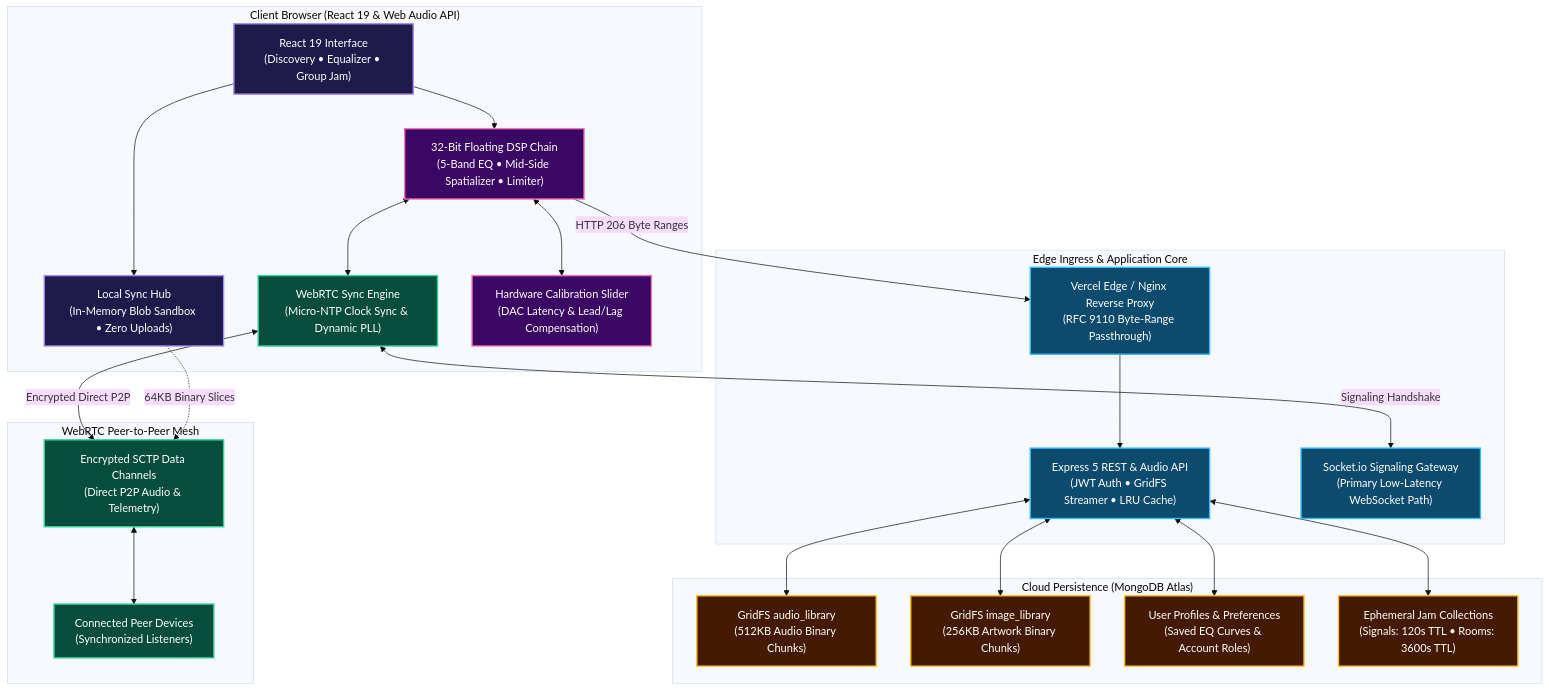
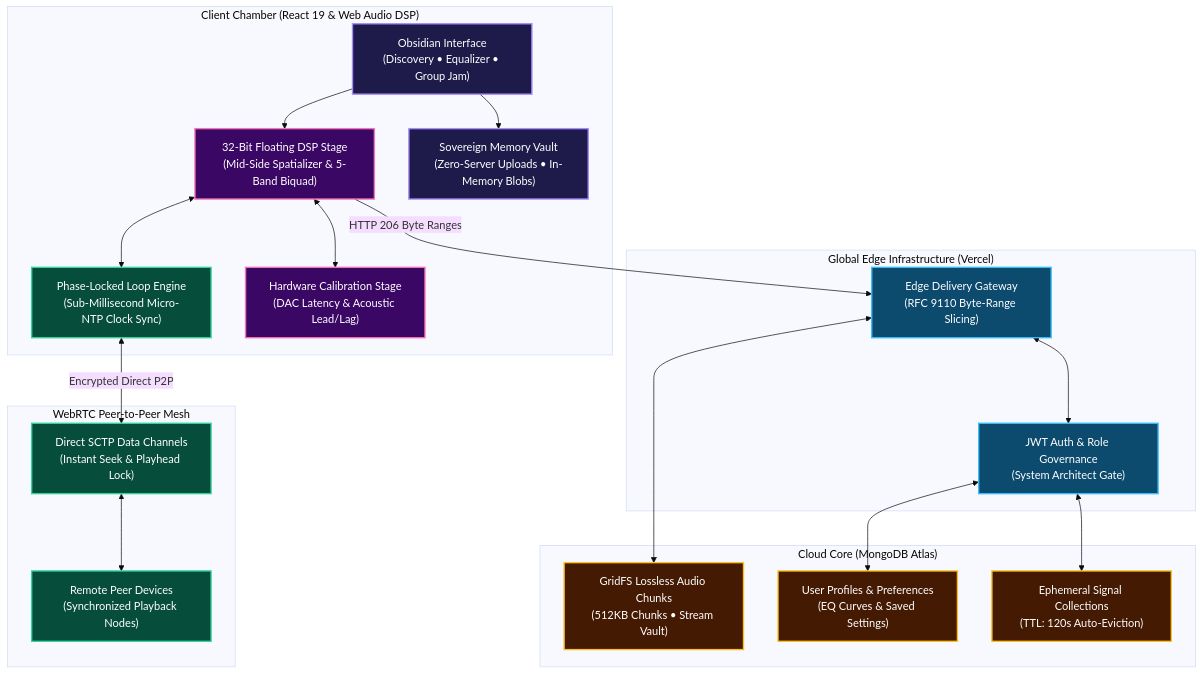
Before and after one commit to Parth-Chavan-15/Riveria: the diagram in README.md, drawn with Mermaid (base theme). The commit also changed other lines of this file, not shown here.

Commit message:
docs(readme): restore storytelling flow and styling, refine architecture and experiences, remove API table

````diff
--- a/README.md
+++ b/README.md
@@ -105,49 +69,44 @@
 ```mermaid
 flowchart TD
     classDef client fill:#1e1b4b,stroke:#a78bfa,stroke-width:2px,color:#ffffff
     classDef dsp fill:#3b0764,stroke:#f472b6,stroke-width:2px,color:#ffffff
     classDef p2p fill:#064e3b,stroke:#34d399,stroke-width:2px,color:#ffffff
     classDef edge fill:#0c4a6e,stroke:#38bdf8,stroke-width:2px,color:#ffffff
     classDef storage fill:#451a03,stroke:#fbbf24,stroke-width:2px,color:#ffffff
 
-    subgraph ClientChamber ["Client Browser (React 19 & Web Audio API)"]
-        UI["React 19 Interface<br/>(Discovery • Equalizer • Group Jam)"]:::client
-        DSPStage["32-Bit Floating DSP Chain<br/>(5-Band EQ • Mid-Side Spatializer • Limiter)"]:::dsp
-        LocalVault["Local Sync Hub<br/>(In-Memory Blob Sandbox • Zero Uploads)"]:::client
-        PLLSync["WebRTC Sync Engine<br/>(Micro-NTP Clock Sync & Dynamic PLL)"]:::p2p
-        HardwareCal["Hardware Calibration Slider<br/>(DAC Latency & Lead/Lag Compensation)"]:::dsp
+    subgraph ClientChamber ["Client Chamber (React 19 & Web Audio DSP)"]
+        UI["Obsidian Interface<br/>(Discovery • Equalizer • Group Jam)"]:::client
+        DSPStage["32-Bit Floating DSP Stage<br/>(Mid-Side Spatializer & 5-Band Biquad)"]:::dsp
+        LocalVault["Sovereign Memory Vault<br/>(Zero-Server Uploads • In-Memory Blobs)"]:::client
+        PLLSync["Phase-Locked Loop Engine<br/>(Sub-Millisecond Micro-NTP Clock Sync)"]:::p2p
+        HardwareCal["Hardware Calibration Stage<br/>(DAC Latency & Acoustic Lead/Lag)"]:::dsp
     end
 
     subgraph MeshNetwork ["WebRTC Peer-to-Peer Mesh"]
-        SCTP["Encrypted SCTP Data Channels<br/>(Direct P2P Audio & Telemetry)"]:::p2p
-        RemotePeer["Connected Peer Devices<br/>(Synchronized Listeners)"]:::p2p
+        SCTP["Direct SCTP Data Channels<br/>(Instant Seek & Playhead Lock)"]:::p2p
+        RemotePeer["Remote Peer Devices<br/>(Synchronized Playback Nodes)"]:::p2p
     end
 
-    subgraph EdgeLayer ["Edge Ingress & Application Core"]
-        VercelCDN["Vercel Edge / Nginx Reverse Proxy<br/>(RFC 9110 Byte-Range Passthrough)"]:::edge
-        ExpressAPI["Express 5 REST & Audio API<br/>(JWT Auth • GridFS Streamer • LRU Cache)"]:::edge
-        SocketGateway["Socket.io Signaling Gateway<br/>(Primary Low-Latency WebSocket Path)"]:::edge
+    subgraph EdgeLayer ["Global Edge Infrastructure (Vercel)"]
+        VercelCDN["Edge Delivery Gateway<br/>(RFC 9110 Byte-Range Slicing)"]:::edge
+        SecurityGate["JWT Auth & Role Governance<br/>(System Architect Gate)"]:::edge
     end
 
-    subgraph CloudVault ["Cloud Persistence (MongoDB Atlas)"]
-        GridFSAudio["GridFS audio_library<br/>(512KB Audio Binary Chunks)"]:::storage
-        GridFSImages["GridFS image_library<br/>(256KB Artwork Binary Chunks)"]:::storage
-        UserStore["User Profiles & Preferences<br/>(Saved EQ Curves & Account Roles)"]:::storage
-        TTLSignals["Ephemeral Jam Collections<br/>(Signals: 120s TTL • Rooms: 3600s TTL)"]:::storage
+    subgraph CloudVault ["Cloud Core (MongoDB Atlas)"]
+        GridFSStore["GridFS Lossless Audio Chunks<br/>(512KB Chunks • Stream Vault)"]:::storage
+        UserStore["User Profiles & Preferences<br/>(EQ Curves & Saved Settings)"]:::storage
+        TTLSignals["Ephemeral Signal Collections<br/>(TTL: 120s Auto-Eviction)"]:::storage
     end
 
     UI --> DSPStage
     UI --> LocalVault
     DSPStage <--> HardwareCal
     DSPStage <--> PLLSync
     PLLSync <-->|Encrypted Direct P2P| SCTP
     SCTP <--> RemotePeer
-    LocalVault -.->|64KB Binary Slices| SCTP
     DSPStage -->|HTTP 206 Byte Ranges| VercelCDN
-    VercelCDN --> ExpressAPI
-    ExpressAPI <--> GridFSAudio
-    ExpressAPI <--> GridFSImages
-    ExpressAPI <--> UserStore
-    ExpressAPI <--> TTLSignals
-    PLLSync <-->|Signaling Handshake| SocketGateway
+    VercelCDN <--> SecurityGate
+    SecurityGate <--> UserStore
+    VercelCDN <--> GridFSStore
+    SecurityGate <--> TTLSignals
 ```
````
